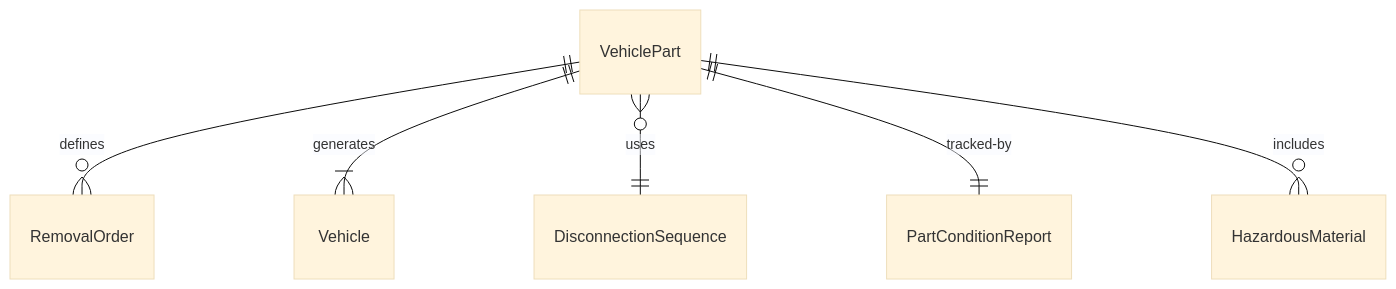
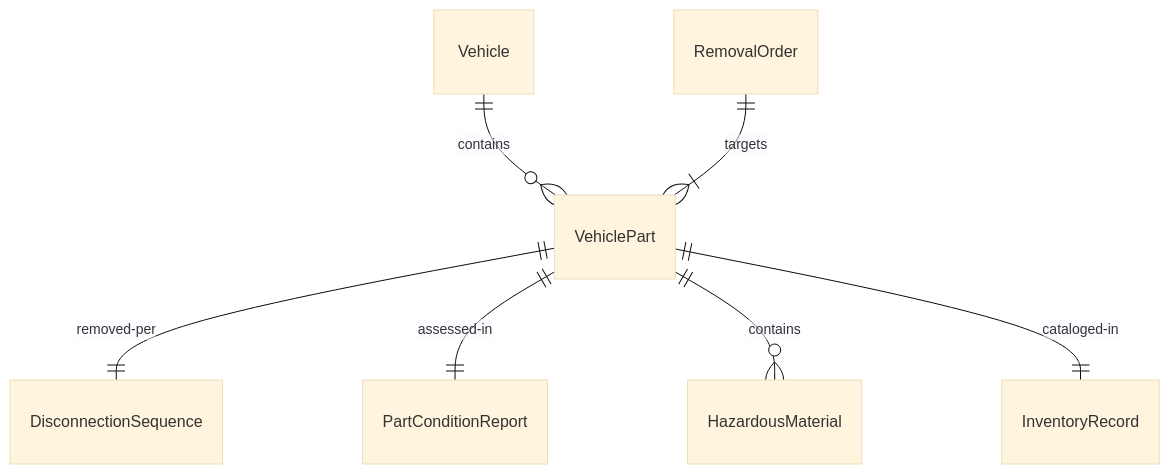
The first of 4 diagrams in HandlingAndMovingObjects/DisassembleEquipment/RemovePartsComponentsVehicles.mdx (dot-org-ai/tasks.org.ai), drawn with Mermaid (base theme) before and after one commit. The commit also changed other lines of this file and 515 other files, not shown here.

````diff
--- a/HandlingAndMovingObjects/DisassembleEquipment/RemovePartsComponentsVehicles.mdx
+++ b/HandlingAndMovingObjects/DisassembleEquipment/RemovePartsComponentsVehicles.mdx
@@ -89,8 +89,9 @@
 ```mermaid
 erDiagram
-    VehiclePart ||--o{ RemovalOrder : "defines"
-    VehiclePart ||--|{ Vehicle : "generates"
-    VehiclePart }o--|| DisconnectionSequence : "uses"
-    VehiclePart ||--|| PartConditionReport : "tracked-by"
-    VehiclePart ||--o{ HazardousMaterial : "includes"
+    Vehicle ||--o{ VehiclePart : "contains"
+    RemovalOrder ||--|{ VehiclePart : "targets"
+    VehiclePart ||--|| DisconnectionSequence : "removed-per"
+    VehiclePart ||--|| PartConditionReport : "assessed-in"
+    VehiclePart ||--o{ HazardousMaterial : "contains"
+    VehiclePart ||--|| InventoryRecord : "cataloged-in"
 ```
````
